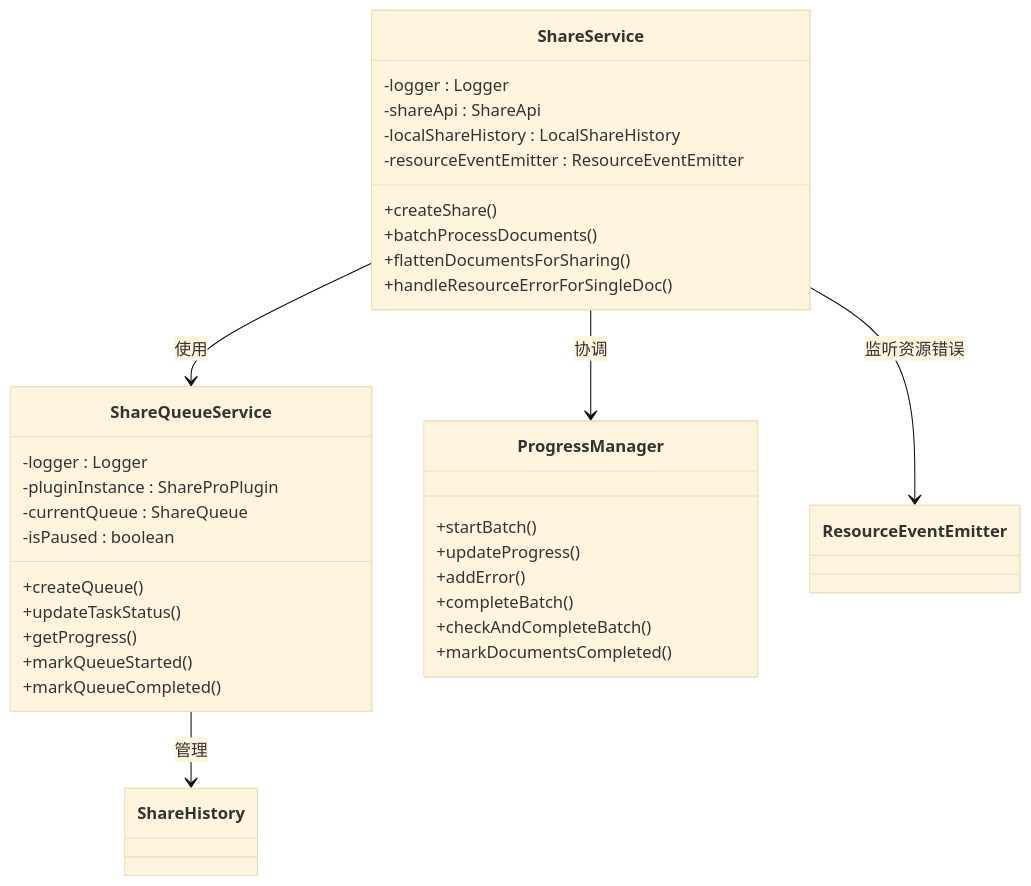
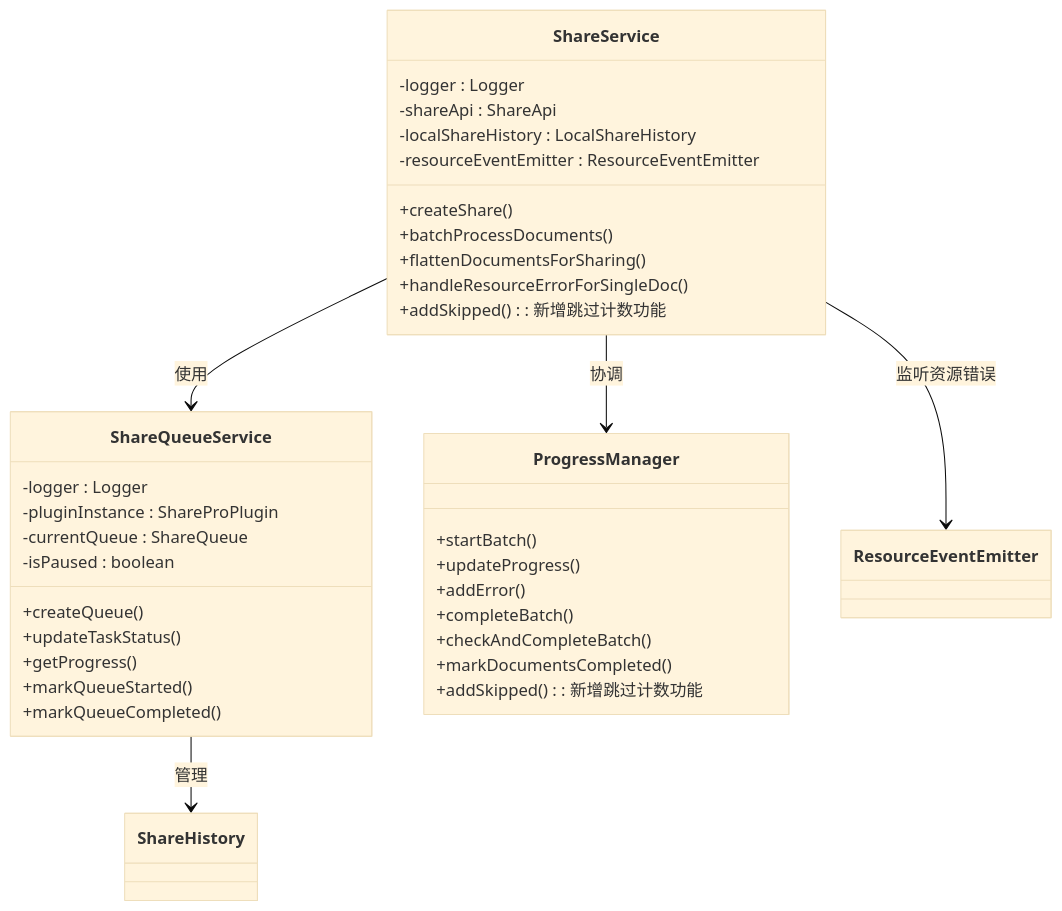
One commit to terwerinc/siyuan-plugin-share-pro changed the third of 10 diagrams in .qoder/repowiki/zh/content/Progress Management Enhancements.md. Above: the diagram before and after it, drawn with Mermaid (base theme). The commit also changed other lines of this file and 12 other files, not shown here.

````diff
--- a/.qoder/repowiki/zh/content/Progress Management Enhancements.md
+++ b/.qoder/repowiki/zh/content/Progress Management Enhancements.md
@@ -248,36 +259,38 @@
 ```mermaid
 classDiagram
 class ShareService {
 -logger : Logger
 -shareApi : ShareApi
 -localShareHistory : LocalShareHistory
 -resourceEventEmitter : ResourceEventEmitter
 +createShare()
 +batchProcessDocuments()
 +flattenDocumentsForSharing()
 +handleResourceErrorForSingleDoc()
++addSkipped() : 新增跳过计数功能
 }
 class ShareQueueService {
 -logger : Logger
 -pluginInstance : ShareProPlugin
 -currentQueue : ShareQueue
 -isPaused : boolean
 +createQueue()
 +updateTaskStatus()
 +getProgress()
 +markQueueStarted()
 +markQueueCompleted()
 }
 class ProgressManager {
 +startBatch()
 +updateProgress()
 +addError()
 +completeBatch()
 +checkAndCompleteBatch()
 +markDocumentsCompleted()
++addSkipped() : 新增跳过计数功能
 }
 ShareService --> ShareQueueService : 使用
 ShareService --> ProgressManager : 协调
 ShareService --> ResourceEventEmitter : 监听资源错误
 ShareQueueService --> ShareHistory : 管理
 ```
````
